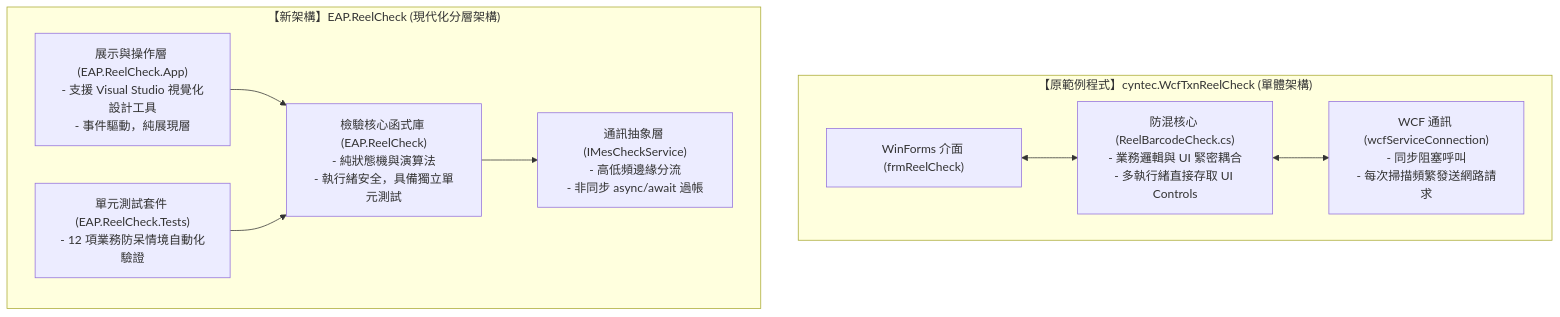
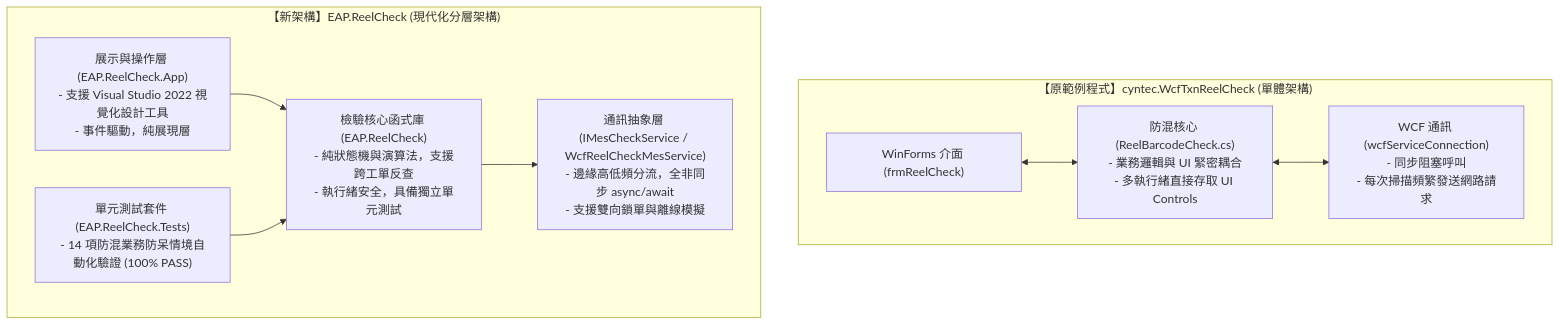
The first of 2 diagrams in doc/EAP_ReelCheck_Migration_Guide.md (eHsuan/EAPDashboard), drawn with Mermaid before and after one commit. The commit also changed other lines of this file, not shown here.

Commit message:
docs: 更新給IT的EAP.ReelCheck架構與移植對照技術白皮書(v1.1.0)

````diff
--- a/doc/EAP_ReelCheck_Migration_Guide.md
+++ b/doc/EAP_ReelCheck_Migration_Guide.md
@@ -22,20 +24,20 @@
 ```mermaid
 flowchart TD
     subgraph OldArch ["【原範例程式】cyntec.WcfTxnReelCheck (單體架構)"]
         OldUI["WinForms 介面 (frmReelCheck)"]
         OldEngine["防混核心 (ReelBarcodeCheck.cs)<br/>- 業務邏輯與 UI 緊密耦合<br/>- 多執行緒直接存取 UI Controls"]
         OldWCF["WCF 通訊 (wcfServiceConnection)<br/>- 同步阻塞呼叫<br/>- 每次掃描頻繁發送網路請求"]
         OldUI <--> OldEngine <--> OldWCF
     end
 
     subgraph NewArch ["【新架構】EAP.ReelCheck (現代化分層架構)"]
-        AppUI["展示與操作層 (EAP.ReelCheck.App)<br/>- 支援 Visual Studio 視覺化設計工具<br/>- 事件驅動，純展現層"]
-        LibCore["檢驗核心函式庫 (EAP.ReelCheck)<br/>- 純狀態機與演算法<br/>- 執行緒安全，具備獨立單元測試"]
-        ServiceBus["通訊抽象層 (IMesCheckService)<br/>- 高低頻邊緣分流<br/>- 非同步 async/await 過帳"]
-        TestUnit["單元測試套件 (EAP.ReelCheck.Tests)<br/>- 12 項業務防呆情境自動化驗證"]
+        AppUI["展示與操作層 (EAP.ReelCheck.App)<br/>- 支援 Visual Studio 2022 視覺化設計工具<br/>- 事件驅動，純展現層"]
+        LibCore["檢驗核心函式庫 (EAP.ReelCheck)<br/>- 純狀態機與演算法，支援跨工單反查<br/>- 執行緒安全，具備獨立單元測試"]
+        ServiceBus["通訊抽象層 (IMesCheckService / WcfReelCheckMesService)<br/>- 邊緣高低頻分流，全非同步 async/await<br/>- 支援雙向鎖單與離線模擬"]
+        TestUnit["單元測試套件 (EAP.ReelCheck.Tests)<br/>- 14 項防混業務防呆情境自動化驗證 (100% PASS)"]
         
         AppUI --> LibCore
         TestUnit --> LibCore
         LibCore --> ServiceBus
     end
 ```
````
